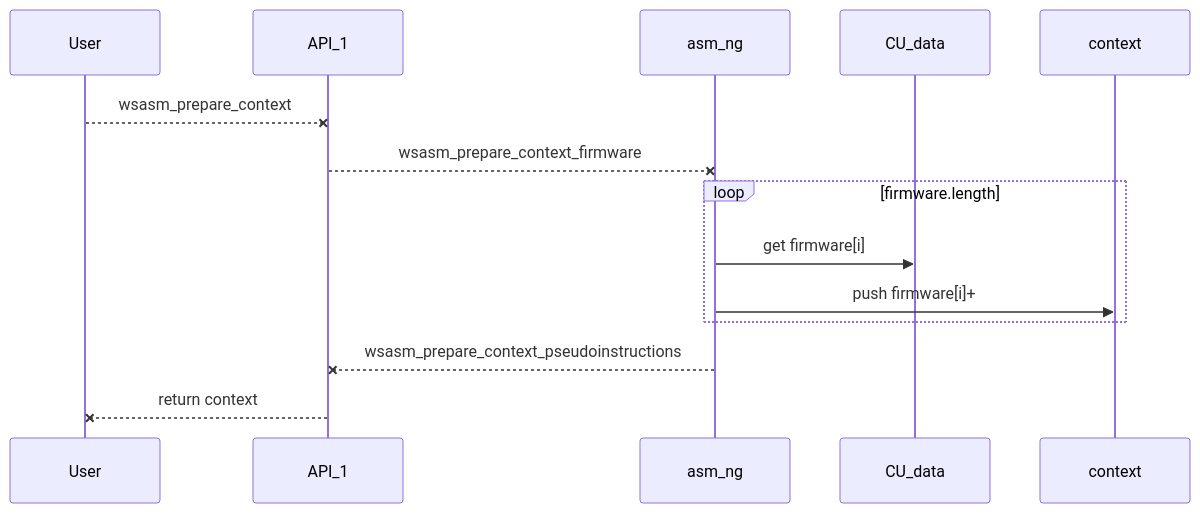
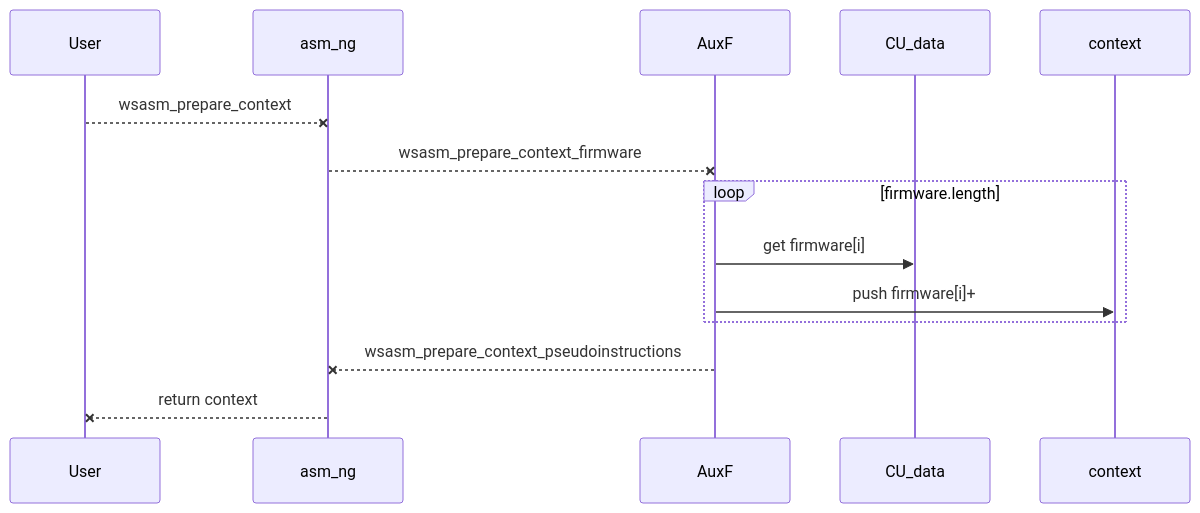
Before and after one commit to wepsim/wepsim: the first of 2 diagrams in sim_sw/assembly/README_ng.md, drawn with Mermaid. The commit also changed other lines of this file and 5 other files, not shown here.

````diff
--- a/sim_sw/assembly/README_ng.md
+++ b/sim_sw/assembly/README_ng.md
@@ -77,11 +75,11 @@
 ```mermaid
 sequenceDiagram
-    User  --x API_1: wsasm_prepare_context
-    API_1 --x asm_ng: wsasm_prepare_context_firmware
+    User   --x asm_ng: wsasm_prepare_context
+    asm_ng --x AuxF: wsasm_prepare_context_firmware
     loop  firmware.length
-      asm_ng ->> CU_data: get firmware[i]
-      asm_ng ->>context: push firmware[i]+
+      AuxF ->> CU_data: get firmware[i]
+      AuxF ->>context: push firmware[i]+
     end
-    asm_ng --x API_1: wsasm_prepare_context_pseudoinstructions
-    API_1  --x User: return context
+    AuxF   --x asm_ng: wsasm_prepare_context_pseudoinstructions
+    asm_ng --x User: return context
 ```
````
